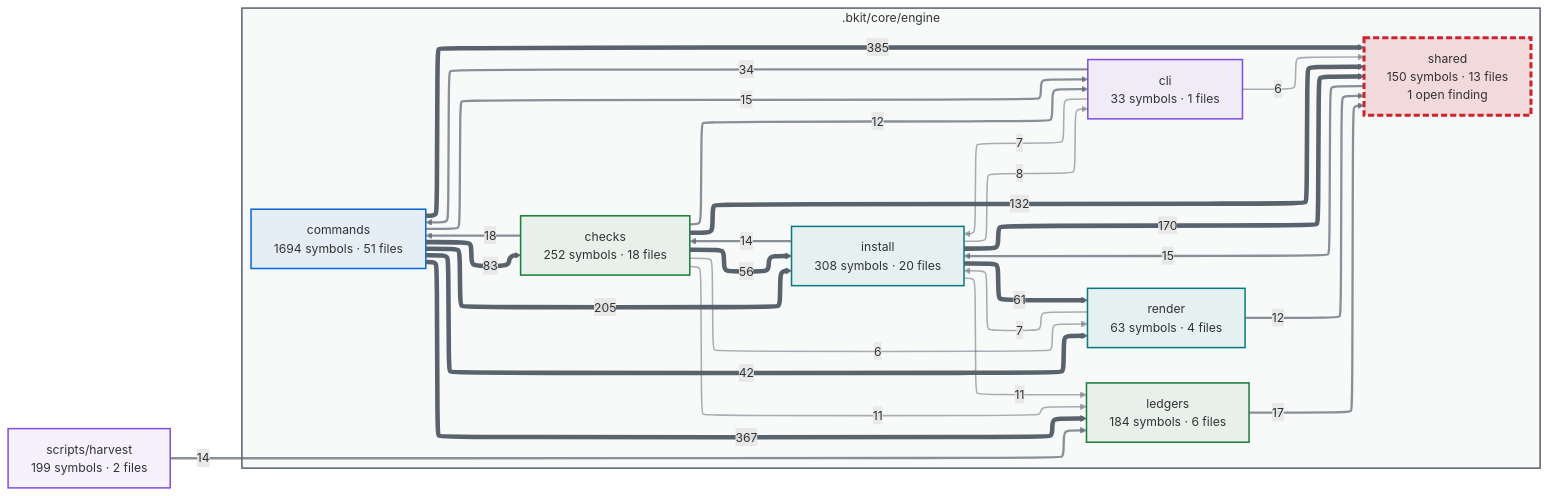
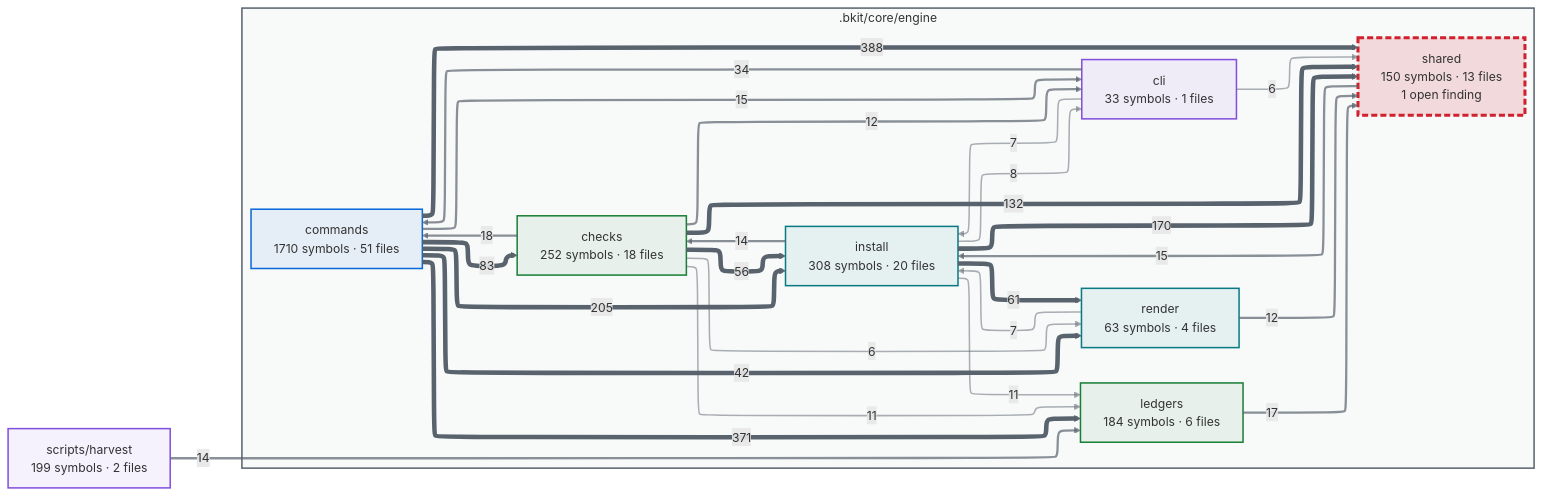
The first of 2 diagrams in docs/capabilities.md (cbartens/bkit), drawn with Mermaid before and after one commit. The commit also changed other lines of this file and 72 other files, not shown here.

````diff
--- a/docs/capabilities.md
+++ b/docs/capabilities.md
@@ -154,80 +154,80 @@
 ```mermaid
 ---
 config:
   layout: elk
   themeCSS: "marker { overflow: visible; } marker path { transform: scale(1.8); transform-origin: 5px 5px; }"
   flowchart:
     useMaxWidth: false
 ---
 flowchart LR
   %% Generated by bkit-graphify-rollup.py — do not edit
   subgraph gn_bkit_core_engine[".bkit/core/engine"]
     n_bkit_core_engine_checks["checks<br/>252 symbols · 18 files"]
     n_bkit_core_engine_cli["cli<br/>33 symbols · 1 files"]
-    n_bkit_core_engine_commands["commands<br/>1694 symbols · 51 files"]
+    n_bkit_core_engine_commands["commands<br/>1710 symbols · 51 files"]
     n_bkit_core_engine_install["install<br/>308 symbols · 20 files"]
     n_bkit_core_engine_ledgers["ledgers<br/>184 symbols · 6 files"]
     n_bkit_core_engine_render["render<br/>63 symbols · 4 files"]
     n_bkit_core_engine_shared["shared<br/>150 symbols · 13 files<br/>1 open finding"]
   end
   nscripts_harvest["scripts/harvest<br/>199 symbols · 2 files"]
-  n_bkit_core_engine_commands -->|385| n_bkit_core_engine_shared
-  n_bkit_core_engine_commands -->|367| n_bkit_core_engine_ledgers
+  n_bkit_core_engine_commands -->|388| n_bkit_core_engine_shared
+  n_bkit_core_engine_commands -->|371| n_bkit_core_engine_ledgers
   n_bkit_core_engine_commands -->|205| n_bkit_core_engine_install
   n_bkit_core_engine_install -->|170| n_bkit_core_engine_shared
   n_bkit_core_engine_checks -->|132| n_bkit_core_engine_shared
   n_bkit_core_engine_commands -->|83| n_bkit_core_engine_checks
   n_bkit_core_engine_install -->|61| n_bkit_core_engine_render
   n_bkit_core_engine_checks -->|56| n_bkit_core_engine_install
   n_bkit_core_engine_commands -->|42| n_bkit_core_engine_render
   n_bkit_core_engine_cli -->|34| n_bkit_core_engine_commands
   n_bkit_core_engine_checks -->|18| n_bkit_core_engine_commands
   n_bkit_core_engine_ledgers -->|17| n_bkit_core_engine_shared
   n_bkit_core_engine_shared -->|15| n_bkit_core_engine_install
   n_bkit_core_engine_commands -->|15| n_bkit_core_engine_cli
   n_bkit_core_engine_install -->|14| n_bkit_core_engine_checks
   nscripts_harvest -->|14| n_bkit_core_engine_ledgers
   n_bkit_core_engine_checks -->|12| n_bkit_core_engine_cli
   n_bkit_core_engine_render -->|12| n_bkit_core_engine_shared
   n_bkit_core_engine_checks -->|11| n_bkit_core_engine_ledgers
   n_bkit_core_engine_install -->|11| n_bkit_core_engine_ledgers
   n_bkit_core_engine_install -->|8| n_bkit_core_engine_cli
   n_bkit_core_engine_cli -->|7| n_bkit_core_engine_install
   n_bkit_core_engine_render -->|7| n_bkit_core_engine_install
   n_bkit_core_engine_checks -->|6| n_bkit_core_engine_render
   n_bkit_core_engine_cli -->|6| n_bkit_core_engine_shared
   style gn_bkit_core_engine fill:#59636e0a,stroke:#59636e,stroke-width:2px
   style n_bkit_core_engine_checks stroke:#1a7f37,stroke-width:2px,fill:#1a7f3714
   style n_bkit_core_engine_cli stroke:#8250df,stroke-width:2px,fill:#8250df14
   style n_bkit_core_engine_commands stroke:#0969da,stroke-width:2px,fill:#0969da14
   style n_bkit_core_engine_install stroke:#0a7b83,stroke-width:2px,fill:#0a7b8314
   style n_bkit_core_engine_ledgers stroke:#1a7f37,stroke-width:2px,fill:#1a7f3714
   style n_bkit_core_engine_render stroke:#0a7b83,stroke-width:2px,fill:#0a7b8314
   style n_bkit_core_engine_shared stroke:#cf222e,stroke-width:4px,stroke-dasharray:8 4,fill:#cf222e26
   style nscripts_harvest stroke:#8250df,stroke-width:2px,fill:#8250df14
   linkStyle 0 stroke:#59636e,stroke-width:6px
   linkStyle 1 stroke:#59636e,stroke-width:6px
   linkStyle 2 stroke:#59636e,stroke-width:6px
   linkStyle 3 stroke:#59636e,stroke-width:6px
   linkStyle 4 stroke:#59636e,stroke-width:6px
   linkStyle 5 stroke:#59636e,stroke-width:6px
   linkStyle 6 stroke:#59636e,stroke-width:6px
   linkStyle 7 stroke:#59636e,stroke-width:6px
   linkStyle 8 stroke:#59636e,stroke-width:6px
   linkStyle 9 stroke:#59636eb3,stroke-width:3px
   linkStyle 10 stroke:#59636eb3,stroke-width:3px
   linkStyle 11 stroke:#59636eb3,stroke-width:3px
   linkStyle 12 stroke:#59636eb3,stroke-width:3px
   linkStyle 13 stroke:#59636eb3,stroke-width:3px
   linkStyle 14 stroke:#59636eb3,stroke-width:3px
   linkStyle 15 stroke:#59636eb3,stroke-width:3px
   linkStyle 16 stroke:#59636eb3,stroke-width:3px
   linkStyle 17 stroke:#59636eb3,stroke-width:3px
   linkStyle 18 stroke:#59636e80,stroke-width:2px
   linkStyle 19 stroke:#59636e80,stroke-width:2px
   linkStyle 20 stroke:#59636e80,stroke-width:2px
   linkStyle 21 stroke:#59636e80,stroke-width:2px
   linkStyle 22 stroke:#59636e80,stroke-width:2px
   linkStyle 23 stroke:#59636e80,stroke-width:2px
   linkStyle 24 stroke:#59636e80,stroke-width:2px
 ```
````
